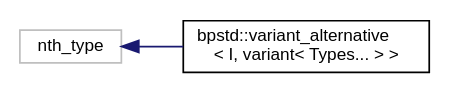
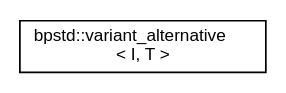
Before and after one commit to bitwizeshift/BackportCpp: the diagram in api/latest/inherit_graph_69.dot, drawn with Graphviz. The commit also changed 126 other files, not shown here.

```diff
--- a/api/latest/inherit_graph_69.dot
+++ b/api/latest/inherit_graph_69.dot
@@ -1,9 +1,7 @@
 digraph "Graphical Class Hierarchy"
 {
   edge [fontname="Helvetica",fontsize="10",labelfontname="Helvetica",labelfontsize="10"];
   node [fontname="Helvetica",fontsize="10",shape=record];
   rankdir="LR";
-  Node20 [label="nth_type",height=0.2,width=0.4,color="grey75", fillcolor="white", style="filled"];
-  Node20 -> Node0 [dir="back",color="midnightblue",fontsize="10",style="solid",fontname="Helvetica"];
-  Node0 [label="bpstd::variant_alternative\l\< I, variant\< Types... \> \>",height=0.2,width=0.4,color="black", fillcolor="white", style="filled",URL="$dc/d04/structbpstd_1_1variant__alternative_3_01_i_00_01variant_3_01_types_8_8_8_01_4_01_4.html"];
+  Node0 [label="bpstd::variant_alternative\l\< I, T \>",height=0.2,width=0.4,color="black", fillcolor="white", style="filled",URL="$d7/de4/structbpstd_1_1variant__alternative.html",tooltip="Helper variable template for extracting variant_size<T>::value. "];
 }
```
